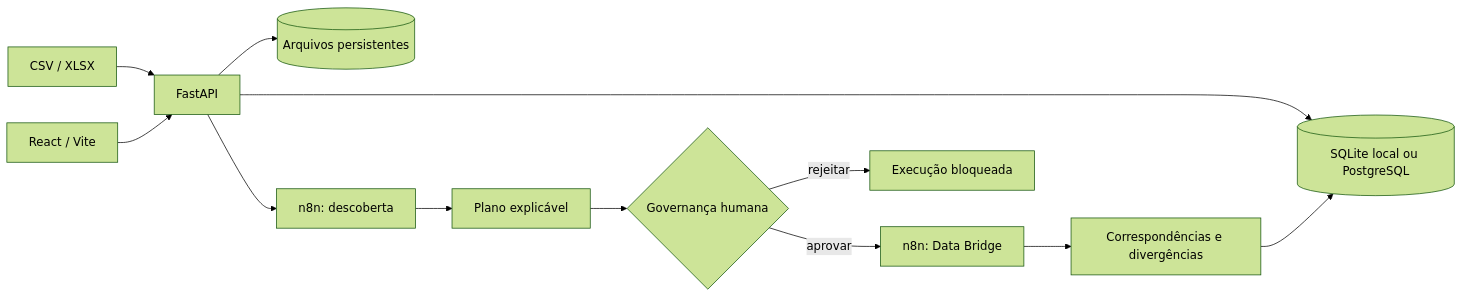
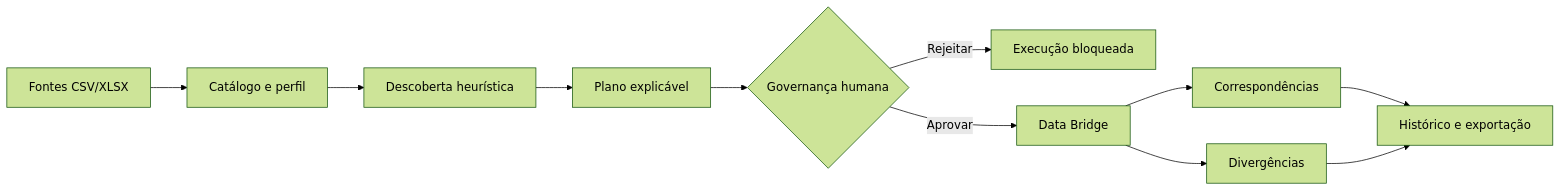
One commit to jpsc17/synapse-ai changed the second of 2 diagrams in README.md. Above: the diagram before and after it, drawn with Mermaid (forest theme). The commit also changed other lines of this file and 1 other file, not shown here.

````diff
--- a/README.md
+++ b/README.md
@@ -38,14 +101,13 @@
 ```mermaid
 flowchart LR
-    U[CSV / XLSX] --> A[FastAPI]
-    A --> F[(Arquivos persistentes)]
-    A --> D[(SQLite local ou PostgreSQL)]
-    A --> N[n8n: descoberta]
-    N --> P[Plano explicável]
-    P --> G{Governança humana}
-    G -->|aprovar| B[n8n: Data Bridge]
-    G -->|rejeitar| X[Execução bloqueada]
-    B --> R[Correspondências e divergências]
-    R --> D
-    V[React / Vite] --> A
+    A[Fontes CSV/XLSX] --> B[Catálogo e perfil]
+    B --> C[Descoberta heurística]
+    C --> D[Plano explicável]
+    D --> E{Governança humana}
+    E -->|Rejeitar| F[Execução bloqueada]
+    E -->|Aprovar| G[Data Bridge]
+    G --> H[Correspondências]
+    G --> I[Divergências]
+    H --> J[Histórico e exportação]
+    I --> J
 ```
````
